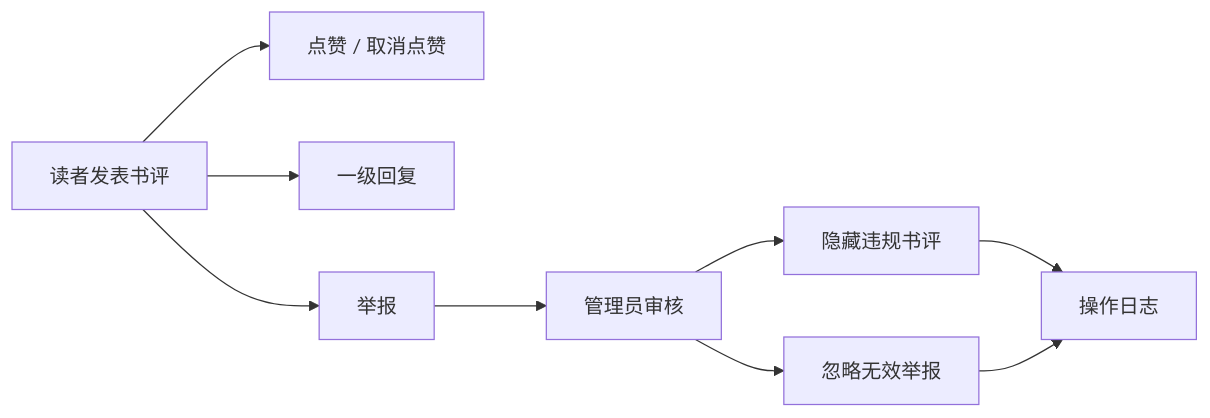
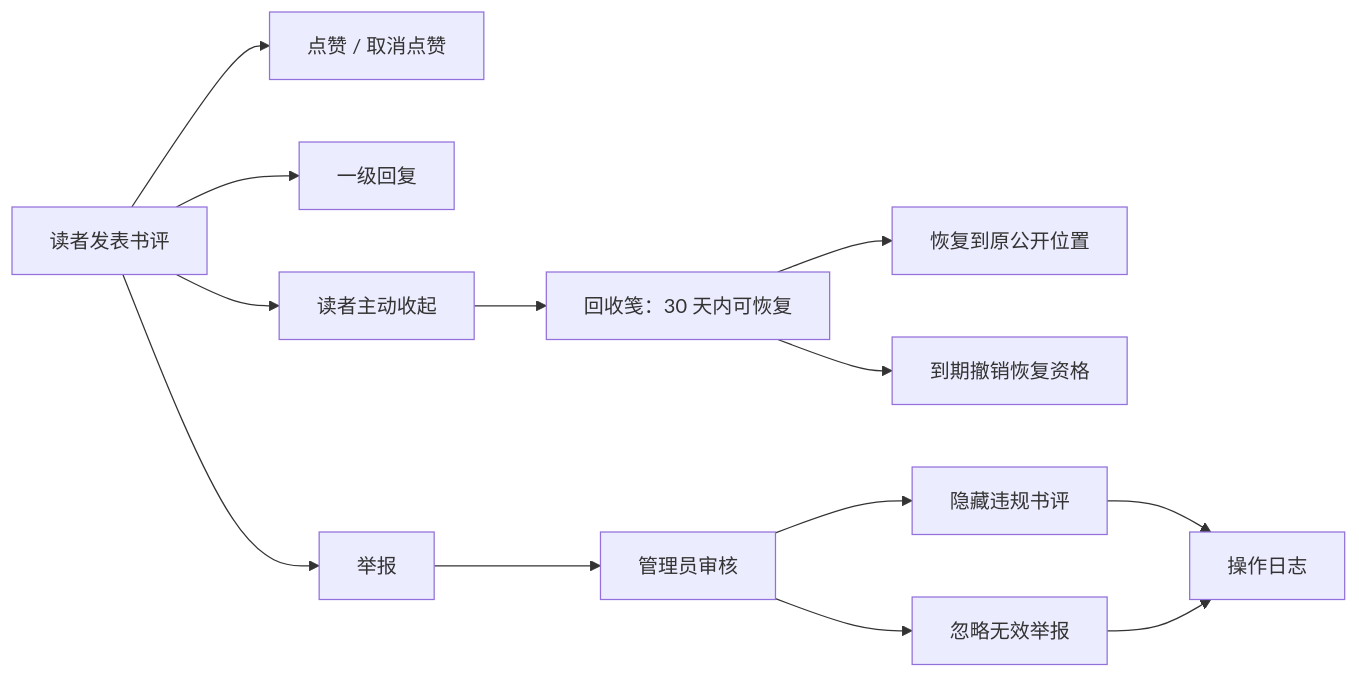
Before and after one commit to NoctilumeDev/DarkRoomLibrary: the third of 5 diagrams in docs/system-design.md, drawn with Mermaid. The commit also changed other lines of this file and 63 other files, not shown here.

````diff
--- a/docs/system-design.md
+++ b/docs/system-design.md
@@ -106,11 +106,15 @@
 ```mermaid
 flowchart LR
     Review[读者发表书评] --> Like[点赞 / 取消点赞]
     Review --> Reply[一级回复]
     Review --> Report[举报]
+    Review --> Retract[读者主动收起]
+    Retract --> Recycle[回收笺：30 天内可恢复]
+    Recycle --> Restore[恢复到原公开位置]
+    Recycle --> Expire[到期撤销恢复资格]
     Report --> Audit[管理员审核]
     Audit --> Hide[隐藏违规书评]
     Audit --> Ignore[忽略无效举报]
     Hide --> Log[操作日志]
     Ignore --> Log
 ```
````
